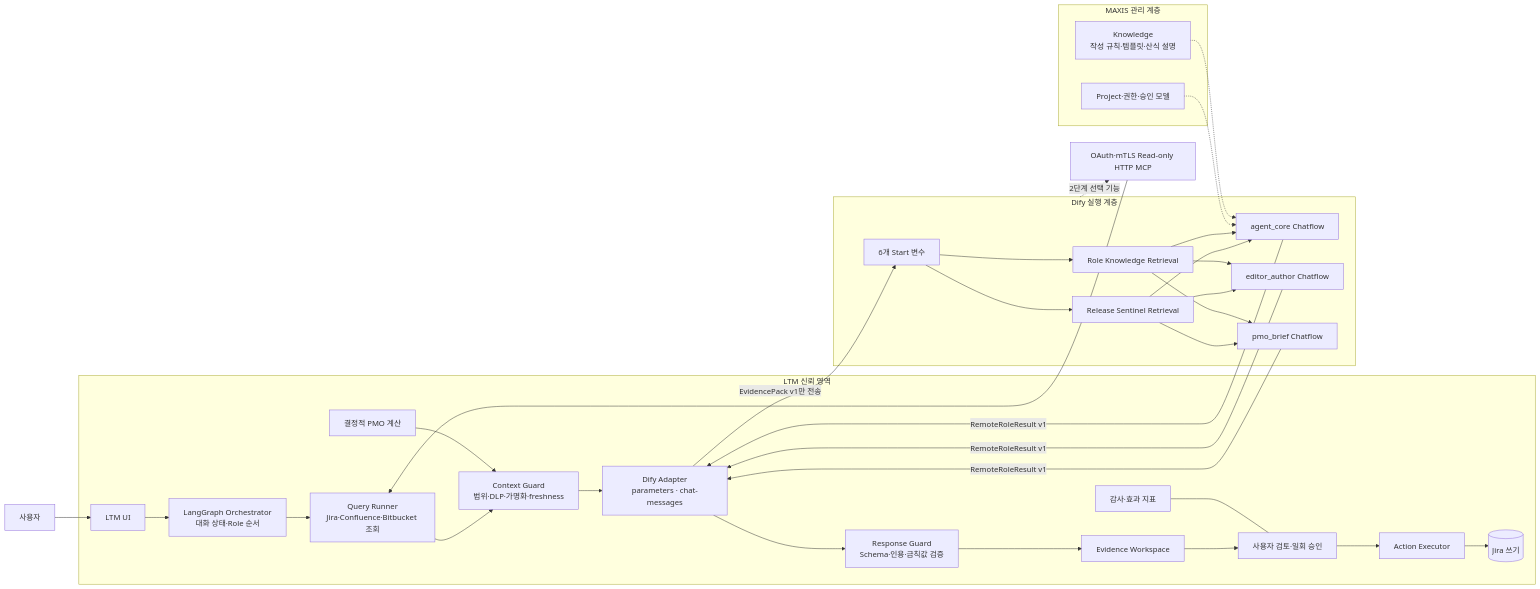
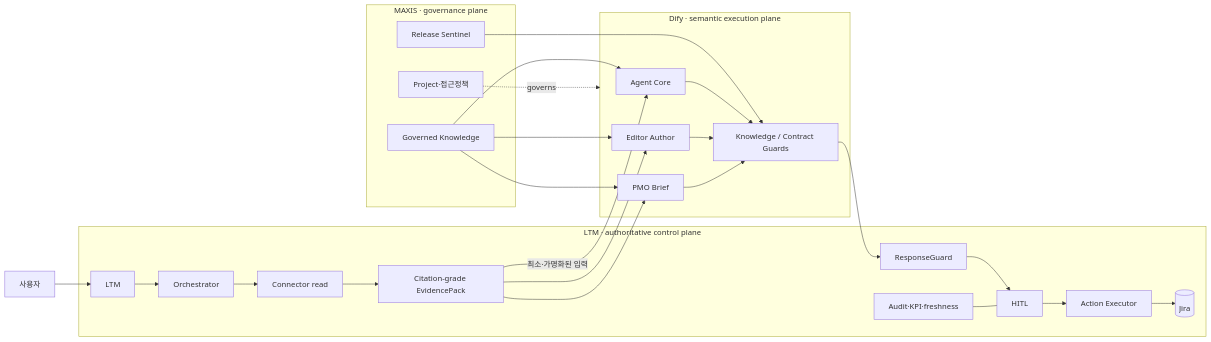
The second of 7 diagrams in docs/MAXIS_DIFY_MIGRATION.md (dongyi-kim/lake-task-manager), drawn with Mermaid before and after one commit. The commit also changed other lines of this file and 63 other files, not shown here.

Commit message:
feat(maxis): complete governed Dify integration

````diff
--- a/docs/MAXIS_DIFY_MIGRATION.md
+++ b/docs/MAXIS_DIFY_MIGRATION.md
@@ -15,49 +41,40 @@
-```mermaid
+~~~mermaid
 flowchart LR
-    U[사용자] --> UI[LTM UI]
+    U[사용자] --> LTM
 
-    subgraph TRUST["LTM 신뢰 영역"]
-        UI --> ORCH[LangGraph Orchestrator<br/>대화 상태·Role 순서]
-        ORCH --> QR[Query Runner<br/>Jira·Confluence·Bitbucket 조회]
-        QR --> CG[Context Guard<br/>범위·DLP·가명화·freshness]
-        CG --> GW[Dify Adapter<br/>parameters · chat-messages]
-        RG[Response Guard<br/>Schema·인용·금칙값 검증] --> WS[Evidence Workspace]
-        WS --> AP[사용자 검토·일회 승인]
-        AP --> EX[Action Executor]
-        CALC[결정적 PMO 계산] --> CG
-        AUDIT[감사·효과 지표] --- AP
-        EX --> JIRA[(Jira 쓰기)]
+    subgraph LOCAL["LTM · authoritative control plane"]
+        LTM --> O[Orchestrator]
+        O --> R[Connector read]
+        R --> EP[Citation-grade EvidencePack]
+        V[ResponseGuard] --> H[HITL]
+        H --> X[Action Executor]
+        X --> J[(Jira)]
+        A[Audit·KPI·freshness] --- H
     end
 
-    subgraph MAXIS["MAXIS 관리 계층"]
-        GOV[Project·권한·승인 모델]
-        KB[Knowledge<br/>작성 규칙·템플릿·산식 설명]
+    subgraph GOV["MAXIS · governance plane"]
+        P[Project·접근정책]
+        K[Governed Knowledge]
+        S[Release Sentinel]
     end
 
-    subgraph DIFY["Dify 실행 계층"]
-        START[6개 Start 변수]
-        SENTINEL[Release Sentinel Retrieval]
-        RAG[Role Knowledge Retrieval]
-        CORE[agent_core Chatflow]
-        EDITOR[editor_author Chatflow]
-        PMO[pmo_brief Chatflow]
+    subgraph AI["Dify · semantic execution plane"]
+        AC[Agent Core]
+        ED[Editor Author]
+        PMO[PMO Brief]
+        G[Knowledge / Contract Guards]
     end
 
-    GW -->|EvidencePack v1만 전송| START
-    START --> SENTINEL
-    START --> RAG
-    SENTINEL --> CORE
-    RAG --> CORE
-    SENTINEL --> EDITOR
-    RAG --> EDITOR
-    SENTINEL --> PMO
-    RAG --> PMO
-    CORE -->|RemoteRoleResult v1| GW
-    EDITOR -->|RemoteRoleResult v1| GW
-    PMO -->|RemoteRoleResult v1| GW
-    GW --> RG
-    GOV -.-> CORE
-    KB -.-> CORE
-    DIFY -.->|2단계 선택 기능| MCP[OAuth·mTLS Read-only HTTP MCP]
-    MCP --> QR
-```
+    EP -->|최소·가명화된 입력| AC
+    EP --> ED
+    EP --> PMO
+    K --> AC
+    K --> ED
+    K --> PMO
+    S --> G
+    AC --> G
+    ED --> G
+    PMO --> G
+    G --> V
+    P -. governs .-> AI
+~~~
````
